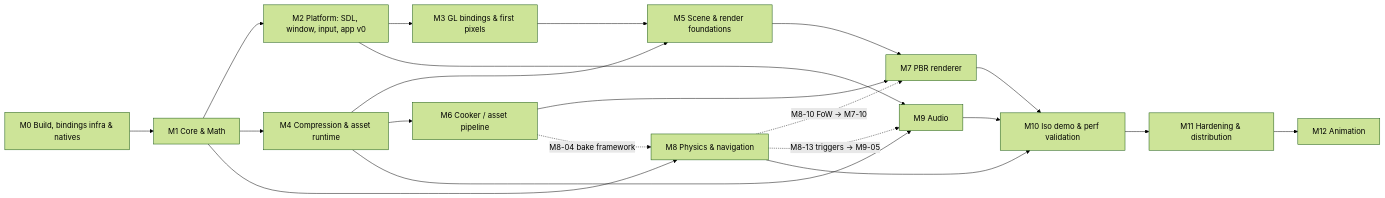
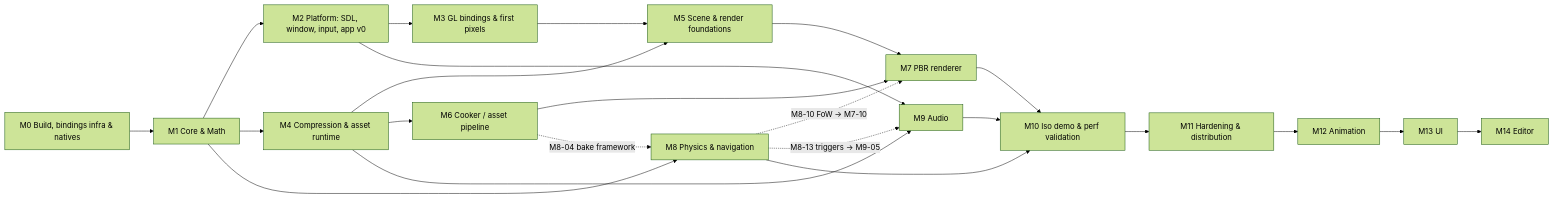
Before and after one commit to ilumar589/JEddyFramework: the diagram in docs/TASKS.md, drawn with Mermaid (forest theme). The commit also changed other lines of this file and 76 other files, not shown here.

````diff
--- a/docs/TASKS.md
+++ b/docs/TASKS.md
@@ -11,23 +11,25 @@
 ```mermaid
 graph LR
   M0[M0 Build, bindings infra & natives] --> M1[M1 Core & Math]
   M1 --> M2[M2 Platform: SDL, window, input, app v0]
   M2 --> M3[M3 GL bindings & first pixels]
   M1 --> M4[M4 Compression & asset runtime]
   M3 --> M5[M5 Scene & render foundations]
   M4 --> M5
   M4 --> M6[M6 Cooker / asset pipeline]
   M5 --> M7[M7 PBR renderer]
   M6 --> M7
   M1 --> M8[M8 Physics & navigation]
   M6 -. M8-04 bake framework .-> M8
   M8 -. M8-10 FoW → M7-10 .-> M7
   M2 --> M9[M9 Audio]
   M4 --> M9
   M8 -. M8-13 triggers → M9-05 .-> M9
   M7 --> M10[M10 Iso demo & perf validation]
   M8 --> M10
   M9 --> M10
   M10 --> M11[M11 Hardening & distribution]
   M11 --> M12[M12 Animation]
+  M12 --> M13[M13 UI]
+  M13 --> M14[M14 Editor]
 ```
````
